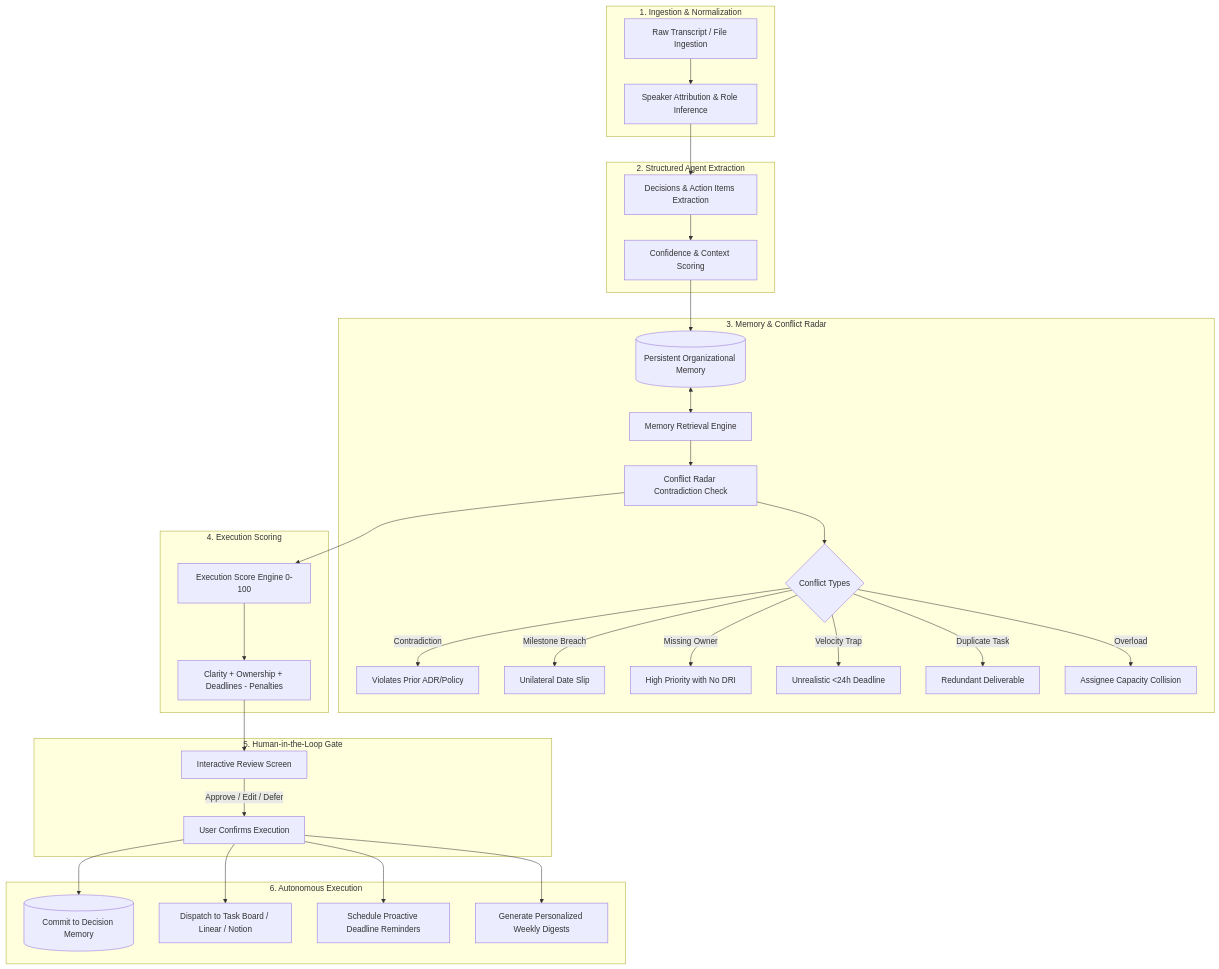
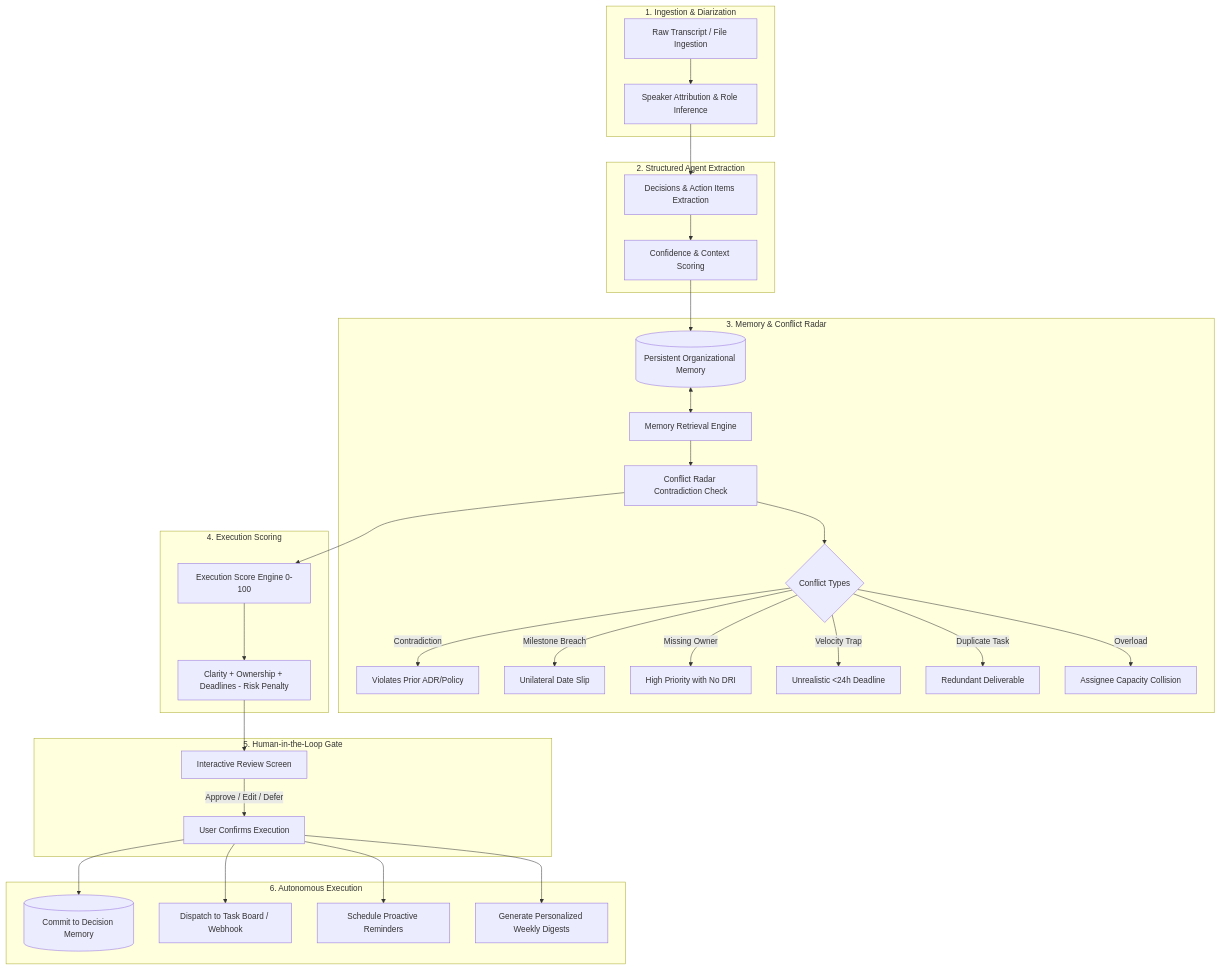
One commit to luthfan-tech/FollowThrough changed the diagram in README.md. Above: the diagram before and after it, drawn with Mermaid. The commit also changed other lines of this file and 10 other files, not shown here.

````diff
--- a/README.md
+++ b/README.md
@@ -26,41 +44,41 @@
 ```mermaid
 flowchart TD
-    subgraph Ingestion["1. Ingestion & Normalization"]
+    subgraph Ingestion["1. Ingestion & Diarization"]
         A[Raw Transcript / File Ingestion] --> B[Speaker Attribution & Role Inference]
     end
 
     subgraph Extraction["2. Structured Agent Extraction"]
         B --> C[Decisions & Action Items Extraction]
         C --> D[Confidence & Context Scoring]
     end
 
     subgraph MemoryConflict["3. Memory & Conflict Radar"]
         D --> E[(Persistent Organizational Memory)]
         E <--> F[Memory Retrieval Engine]
         F --> G[Conflict Radar Contradiction Check]
         G --> H{Conflict Types}
         H -->|Contradiction| H1[Violates Prior ADR/Policy]
         H -->|Milestone Breach| H2[Unilateral Date Slip]
         H -->|Missing Owner| H3[High Priority with No DRI]
         H -->|Velocity Trap| H4[Unrealistic <24h Deadline]
         H -->|Duplicate Task| H5[Redundant Deliverable]
         H -->|Overload| H6[Assignee Capacity Collision]
     end
 
     subgraph Scoring["4. Execution Scoring"]
         G --> I[Execution Score Engine 0-100]
-        I --> J[Clarity + Ownership + Deadlines - Penalties]
+        I --> J[Clarity + Ownership + Deadlines - Risk Penalty]
     end
 
     subgraph ConfirmationGate["5. Human-in-the-Loop Gate"]
         J --> K[Interactive Review Screen]
         K -- "Approve / Edit / Defer" --> L[User Confirms Execution]
     end
 
     subgraph Dispatch["6. Autonomous Execution"]
         L --> M[(Commit to Decision Memory)]
-        L --> N[Dispatch to Task Board / Linear / Notion]
-        L --> O[Schedule Proactive Deadline Reminders]
+        L --> N[Dispatch to Task Board / Webhook]
+        L --> O[Schedule Proactive Reminders]
         L --> P[Generate Personalized Weekly Digests]
     end
 ```
````
